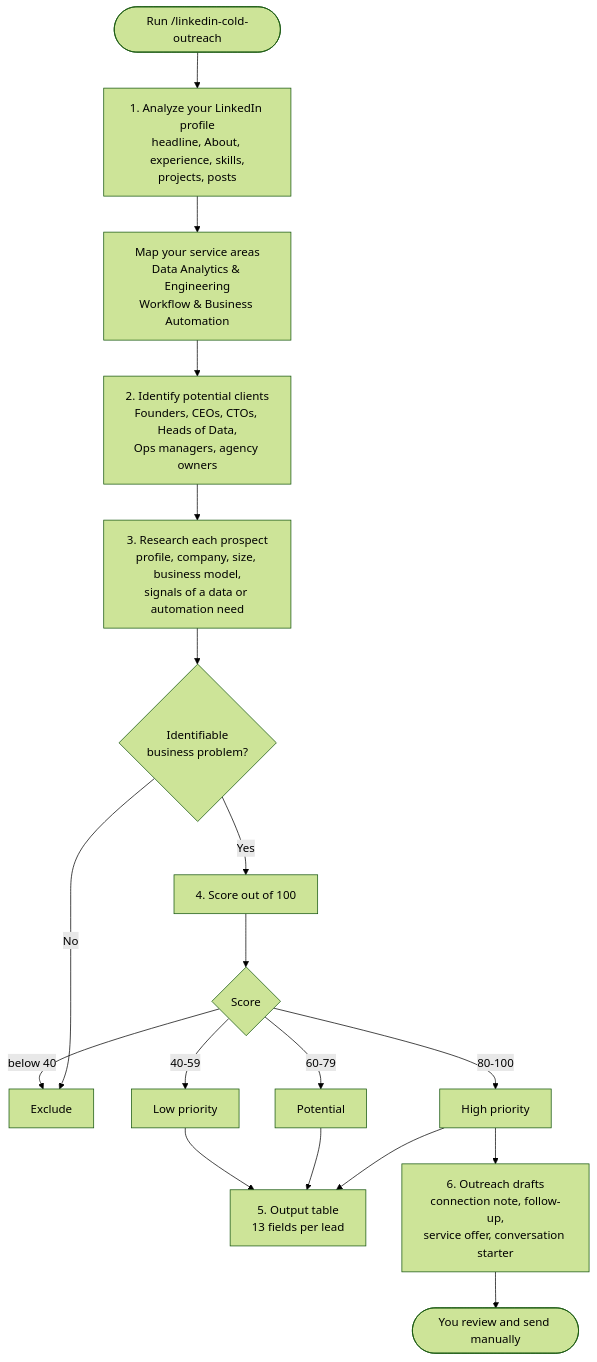
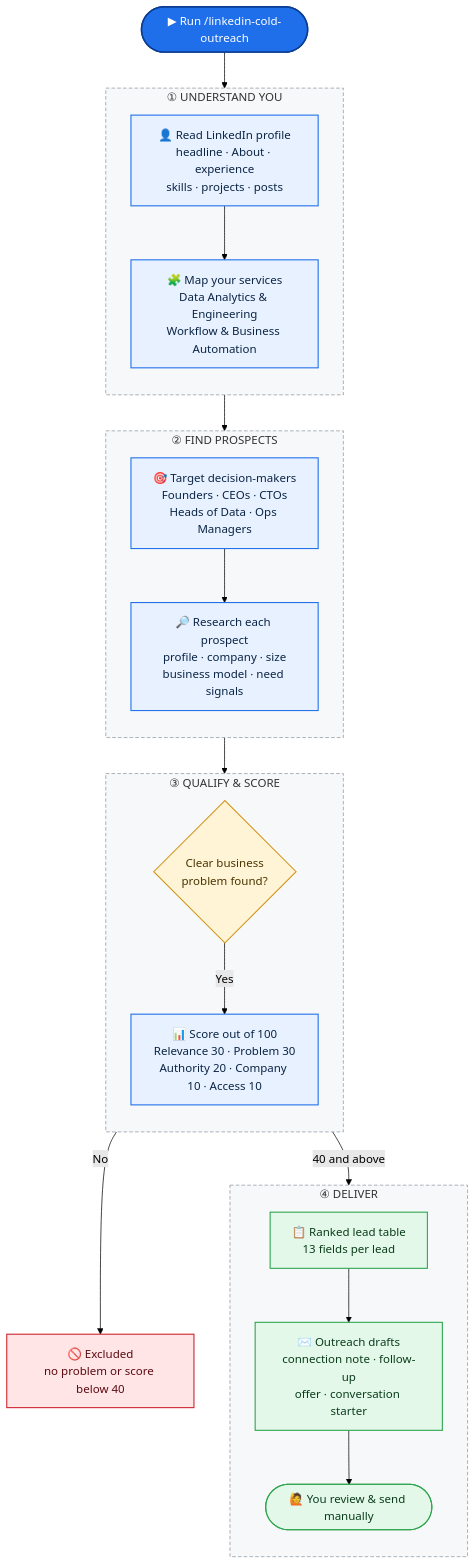
One commit to usmansafdar09/LinkedIn-Cold-Outreach changed the first of 2 diagrams in README.md. Above: the diagram before and after it, drawn with Mermaid (forest theme). The commit also changed other lines of this file, not shown here.

````diff
--- a/README.md
+++ b/README.md
@@ -13,20 +13,56 @@
 ```mermaid
-flowchart TD
-    A([Run /linkedin-cold-outreach]) --> B["1. Analyze your LinkedIn profile<br/>headline, About, experience, skills,<br/>projects, posts"]
-    B --> C["Map your service areas<br/>Data Analytics & Engineering<br/>Workflow & Business Automation"]
-    C --> D["2. Identify potential clients<br/>Founders, CEOs, CTOs, Heads of Data,<br/>Ops managers, agency owners"]
-    D --> E["3. Research each prospect<br/>profile, company, size, business model,<br/>signals of a data or automation need"]
-    E --> F{"Identifiable<br/>business problem?"}
-    F -- No --> X[Exclude]
-    F -- Yes --> G["4. Score out of 100"]
-    G --> H{Score}
-    H -- "80-100" --> P1[High priority]
-    H -- "60-79" --> P2[Potential]
-    H -- "40-59" --> P3[Low priority]
-    H -- "below 40" --> X
-    P1 --> I["5. Output table<br/>13 fields per lead"]
-    P2 --> I
-    P3 --> I
-    P1 --> J["6. Outreach drafts<br/>connection note, follow-up,<br/>service offer, conversation starter"]
-    J --> K([You review and send manually])
+flowchart TB
+    START(["▶ Run /linkedin-cold-outreach"])
+
+    subgraph S1["① UNDERSTAND YOU"]
+        direction TB
+        A1["👤 Read LinkedIn profile<br/>headline · About · experience<br/>skills · projects · posts"]
+        A2["🧩 Map your services<br/>Data Analytics & Engineering<br/>Workflow & Business Automation"]
+        A1 --> A2
+    end
+
+    subgraph S2["② FIND PROSPECTS"]
+        direction TB
+        B1["🎯 Target decision-makers<br/>Founders · CEOs · CTOs<br/>Heads of Data · Ops Managers"]
+        B2["🔎 Research each prospect<br/>profile · company · size<br/>business model · need signals"]
+        B1 --> B2
+    end
+
+    subgraph S3["③ QUALIFY & SCORE"]
+        direction TB
+        C1{"Clear business<br/>problem found?"}
+        C2["📊 Score out of 100<br/>Relevance 30 · Problem 30<br/>Authority 20 · Company 10 · Access 10"]
+        C1 -- "Yes" --> C2
+    end
+
+    subgraph S4["④ DELIVER"]
+        direction TB
+        D1["📋 Ranked lead table<br/>13 fields per lead"]
+        D2["✉️ Outreach drafts<br/>connection note · follow-up<br/>offer · conversation starter"]
+        D3(["🙋 You review & send manually"])
+        D1 --> D2 --> D3
+    end
+
+    EXC["🚫 Excluded<br/>no problem or score below 40"]
+
+    START --> S1 --> S2 --> S3
+    C1 -- "No" --> EXC
+    C2 -- "40 and above" --> S4
+
+    classDef start fill:#1f6feb,stroke:#0b3d91,color:#ffffff,stroke-width:2px
+    classDef step fill:#e8f1ff,stroke:#1f6feb,color:#0b2545,stroke-width:1.5px
+    classDef decision fill:#fff4d6,stroke:#d29922,color:#4a3500,stroke-width:1.5px
+    classDef out fill:#e3f8e9,stroke:#2da44e,color:#0b3d1c,stroke-width:1.5px
+    classDef stop fill:#ffe5e5,stroke:#cf222e,color:#5c0a12,stroke-width:1.5px
+
+    class START start
+    class A1,A2,B1,B2,C2 step
+    class C1 decision
+    class D1,D2,D3 out
+    class EXC stop
+
+    style S1 fill:#f6f8fa,stroke:#8c959f,stroke-dasharray: 5 3
+    style S2 fill:#f6f8fa,stroke:#8c959f,stroke-dasharray: 5 3
+    style S3 fill:#f6f8fa,stroke:#8c959f,stroke-dasharray: 5 3
+    style S4 fill:#f6f8fa,stroke:#8c959f,stroke-dasharray: 5 3
 ```
````
